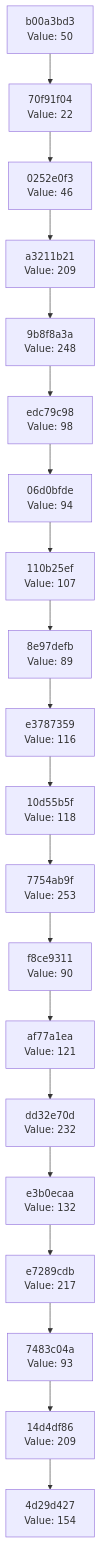
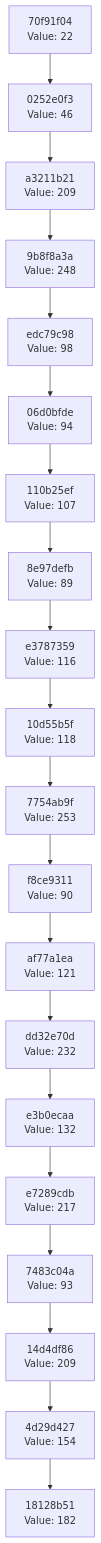
The diagram in docs/CHAIN_VISUALIZATION.md (Abhisheksinha1506/hash-chain-evolver), drawn with Mermaid before and after one commit. The commit also changed 2 other files, not shown here.

Commit message:
Evolution Step

````diff
--- a/docs/CHAIN_VISUALIZATION.md
+++ b/docs/CHAIN_VISUALIZATION.md
@@ -3,42 +3,42 @@
 ```mermaid
 graph TD
-    C0["4d29d427<br/>Value: 154"]
-    C1["14d4df86<br/>Value: 209"]
+    C0["18128b51<br/>Value: 182"]
+    C1["4d29d427<br/>Value: 154"]
     C1 --> C0
-    C2["7483c04a<br/>Value: 93"]
+    C2["14d4df86<br/>Value: 209"]
     C2 --> C1
-    C3["e7289cdb<br/>Value: 217"]
+    C3["7483c04a<br/>Value: 93"]
     C3 --> C2
-    C4["e3b0ecaa<br/>Value: 132"]
+    C4["e7289cdb<br/>Value: 217"]
     C4 --> C3
-    C5["dd32e70d<br/>Value: 232"]
+    C5["e3b0ecaa<br/>Value: 132"]
     C5 --> C4
-    C6["af77a1ea<br/>Value: 121"]
+    C6["dd32e70d<br/>Value: 232"]
     C6 --> C5
-    C7["f8ce9311<br/>Value: 90"]
+    C7["af77a1ea<br/>Value: 121"]
     C7 --> C6
-    C8["7754ab9f<br/>Value: 253"]
+    C8["f8ce9311<br/>Value: 90"]
     C8 --> C7
-    C9["10d55b5f<br/>Value: 118"]
+    C9["7754ab9f<br/>Value: 253"]
     C9 --> C8
-    C10["e3787359<br/>Value: 116"]
+    C10["10d55b5f<br/>Value: 118"]
     C10 --> C9
-    C11["8e97defb<br/>Value: 89"]
+    C11["e3787359<br/>Value: 116"]
     C11 --> C10
-    C12["110b25ef<br/>Value: 107"]
+    C12["8e97defb<br/>Value: 89"]
     C12 --> C11
-    C13["06d0bfde<br/>Value: 94"]
+    C13["110b25ef<br/>Value: 107"]
     C13 --> C12
-    C14["edc79c98<br/>Value: 98"]
+    C14["06d0bfde<br/>Value: 94"]
     C14 --> C13
-    C15["9b8f8a3a<br/>Value: 248"]
+    C15["edc79c98<br/>Value: 98"]
     C15 --> C14
-    C16["a3211b21<br/>Value: 209"]
+    C16["9b8f8a3a<br/>Value: 248"]
     C16 --> C15
-    C17["0252e0f3<br/>Value: 46"]
+    C17["a3211b21<br/>Value: 209"]
     C17 --> C16
-    C18["70f91f04<br/>Value: 22"]
+    C18["0252e0f3<br/>Value: 46"]
     C18 --> C17
-    C19["b00a3bd3<br/>Value: 50"]
+    C19["70f91f04<br/>Value: 22"]
     C19 --> C18
 ```
````
